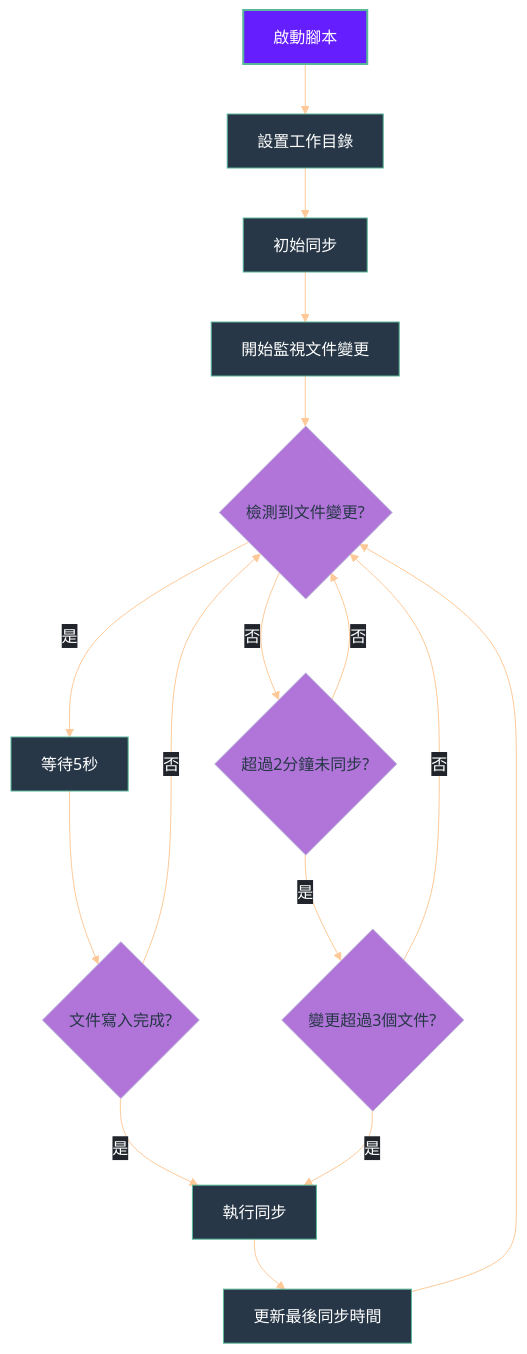
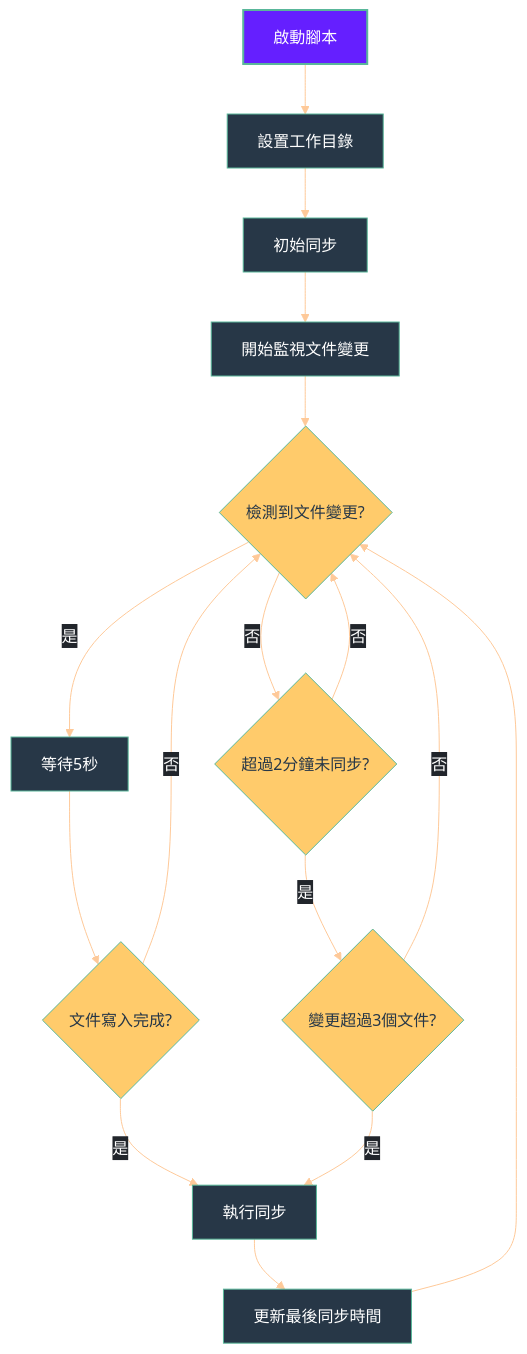
One commit to GengGeng026/Sync-Logseq changed the second of 2 diagrams in Logseq同步方案演進記錄.md. Above: the diagram before and after it, drawn with Mermaid.

Commit message:
Auto saved by Logseq

````diff
--- a/Logseq同步方案演進記錄.md
+++ b/Logseq同步方案演進記錄.md
@@ -375,52 +375,52 @@
 ```mermaid
 %%{init: {
   'theme': 'base', 
   'themeVariables': {
     'primaryColor': '#19E9D9',
     'primaryTextColor': '#FFFFFF',
     'primaryBorderColor': '#59B79A',
     'lineColor': '#FEC999',
     'secondaryColor': '#FFCB6B',
     'tertiaryColor': '#F07178',
     'background': 'transparent',
     'textColor': '#EEFFFF',
     'mainBkg': '#273747',
     'nodeBorder': '#59B79A',
     'clusterBkg': 'transparent',
     'edgeLabelBackground': '#21252B'
   },
   'flowchart': {
     'curve': 'basis',
     'nodeSpacing': 50,
     'rankSpacing': 50,
     'padding': 15
   }
 }}%%
 flowchart TD
     %% 節點樣式優化
     classDef start fill:#651FFF,stroke:#59B79A,color:#FFFFFF,stroke-width:2px;
     classDef process fill:#19E9D,stroke:#59B79A,color:#FFFFFF,stroke-width:1px;
-    classDef condition fill:#B175D9,stroke:#B9B5D9,color:#273747,stroke-width:1px,shape:diamond;
+    classDef condition fill:#FFCB6B,stroke:#59B79A,color:#273747,stroke-width:1px,shape:diamond;
     classDef action fill:#F07178,stroke:#59B79A,color:#FFFFFF,stroke-width:1px;
     
     A[啟動腳本] --> B[設置工作目錄]
     B --> C[初始同步]
     C --> D[開始監視文件變更]
     D --> E{檢測到文件變更?}
     E -->|是| F[等待5秒]
     F --> G{文件寫入完成?}
     G -->|是| H[執行同步]
     G -->|否| E
     E -->|否| I{超過2分鐘未同步?}
     I -->|是| J{變更超過3個文件?}
     J -->|是| H
     J -->|否| E
     I -->|否| E
     H --> K[更新最後同步時間]
     K --> E
     
     %% 應用樣式
     class A start;
     class B,C,D,F,H,K process;
     class E,G,I,J condition;
 ```
````
